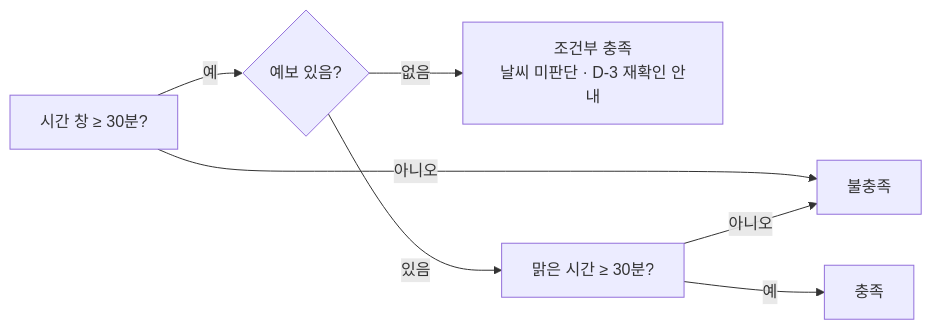
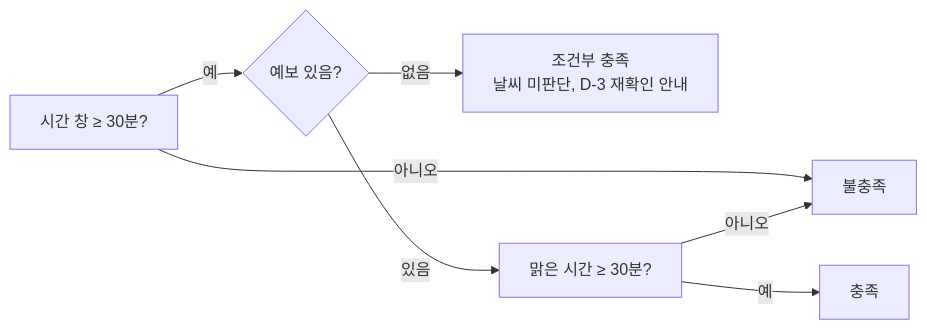
One commit to bnbong/Astrowatch changed the second of 4 diagrams in docs/ASTROWATCH_PLAN.md. Above: the diagram before and after it, drawn with Mermaid. The commit also changed other lines of this file and 99 other files, not shown here.

````diff
--- a/docs/ASTROWATCH_PLAN.md
+++ b/docs/ASTROWATCH_PLAN.md
@@ -137,9 +137,9 @@
 ```mermaid
 flowchart LR
   S[시간 창 ≥ 30분?] -->|아니오| X[불충족]
   S -->|예| W{예보 있음?}
-  W -->|없음| C[조건부 충족<br/>날씨 미판단 · D-3 재확인 안내]
+  W -->|없음| C[조건부 충족<br/>날씨 미판단, D-3 재확인 안내]
   W -->|있음| M[맑은 시간 ≥ 30분?]
   M -->|예| OK[충족]
   M -->|아니오| X
 ```
````
